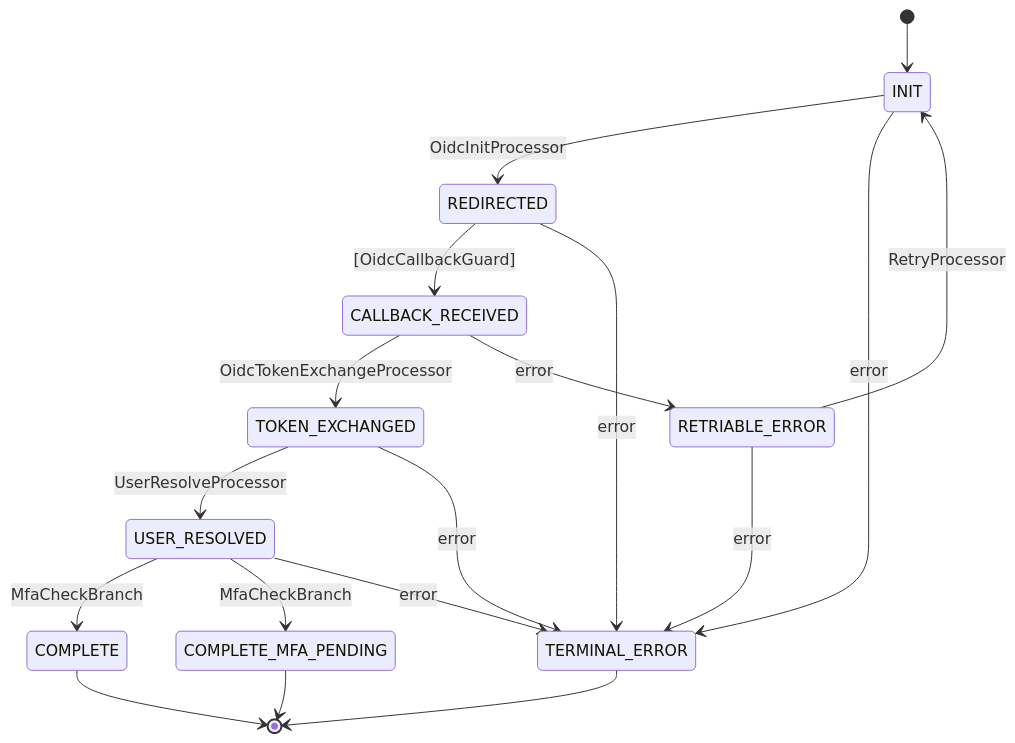
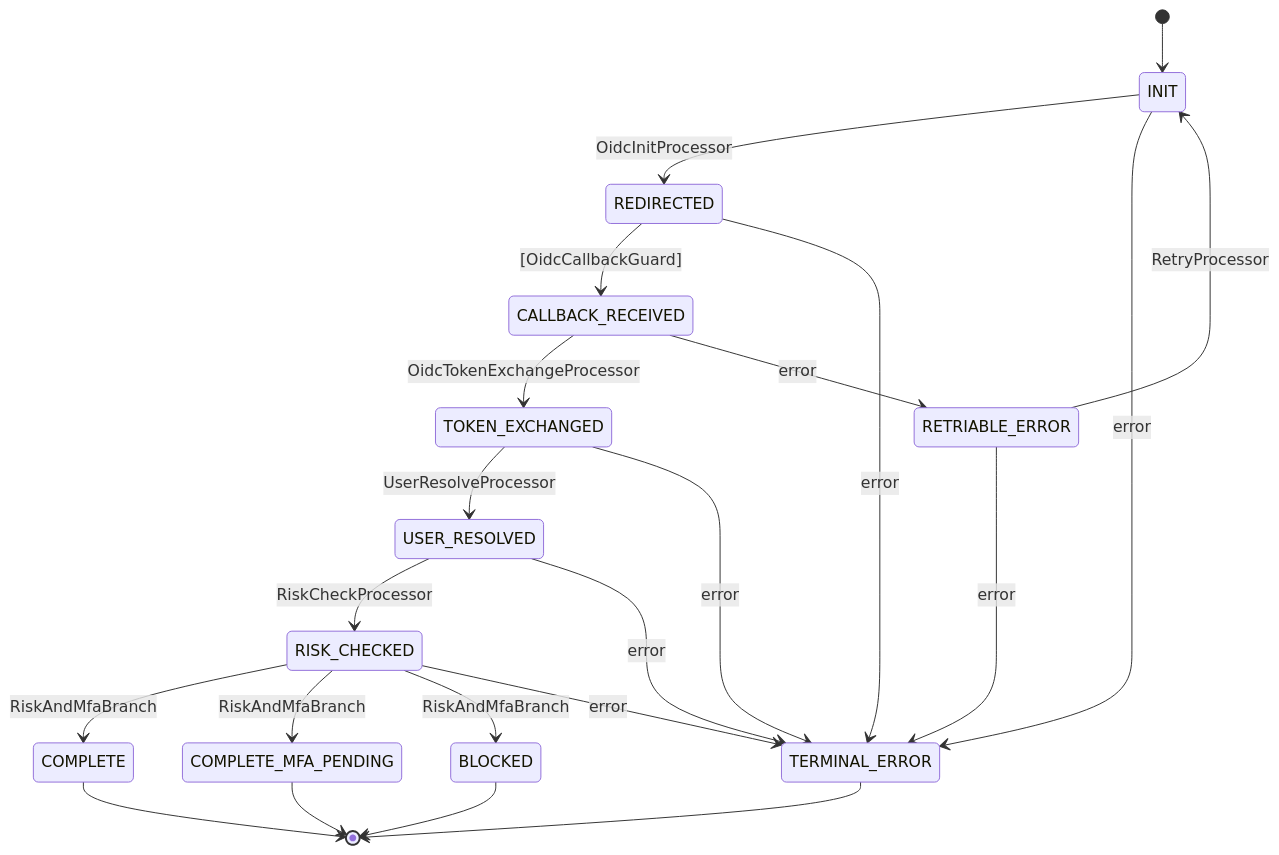
One commit to opaopa6969/volta-auth-proxy changed the diagram in docs/diagrams/flow-oidc.mmd. Above: the diagram before and after it, drawn with Mermaid. The commit also changed 22 other files, not shown here.

```diff
--- a/docs/diagrams/flow-oidc.mmd
+++ b/docs/diagrams/flow-oidc.mmd
@@ -1,18 +1,22 @@
 stateDiagram-v2
     [*] --> INIT
     INIT --> REDIRECTED : OidcInitProcessor
     REDIRECTED --> CALLBACK_RECEIVED : [OidcCallbackGuard]
     CALLBACK_RECEIVED --> TOKEN_EXCHANGED : OidcTokenExchangeProcessor
     TOKEN_EXCHANGED --> USER_RESOLVED : UserResolveProcessor
-    USER_RESOLVED --> COMPLETE : MfaCheckBranch
-    USER_RESOLVED --> COMPLETE_MFA_PENDING : MfaCheckBranch
+    USER_RESOLVED --> RISK_CHECKED : RiskCheckProcessor
+    RISK_CHECKED --> COMPLETE : RiskAndMfaBranch
+    RISK_CHECKED --> COMPLETE_MFA_PENDING : RiskAndMfaBranch
+    RISK_CHECKED --> BLOCKED : RiskAndMfaBranch
     RETRIABLE_ERROR --> INIT : RetryProcessor
+    REDIRECTED --> TERMINAL_ERROR : error
     TOKEN_EXCHANGED --> TERMINAL_ERROR : error
+    RETRIABLE_ERROR --> TERMINAL_ERROR : error
+    RISK_CHECKED --> TERMINAL_ERROR : error
+    CALLBACK_RECEIVED --> RETRIABLE_ERROR : error
     INIT --> TERMINAL_ERROR : error
-    CALLBACK_RECEIVED --> RETRIABLE_ERROR : error
-    RETRIABLE_ERROR --> TERMINAL_ERROR : error
     USER_RESOLVED --> TERMINAL_ERROR : error
-    REDIRECTED --> TERMINAL_ERROR : error
     COMPLETE --> [*]
     COMPLETE_MFA_PENDING --> [*]
+    BLOCKED --> [*]
     TERMINAL_ERROR --> [*]
```
